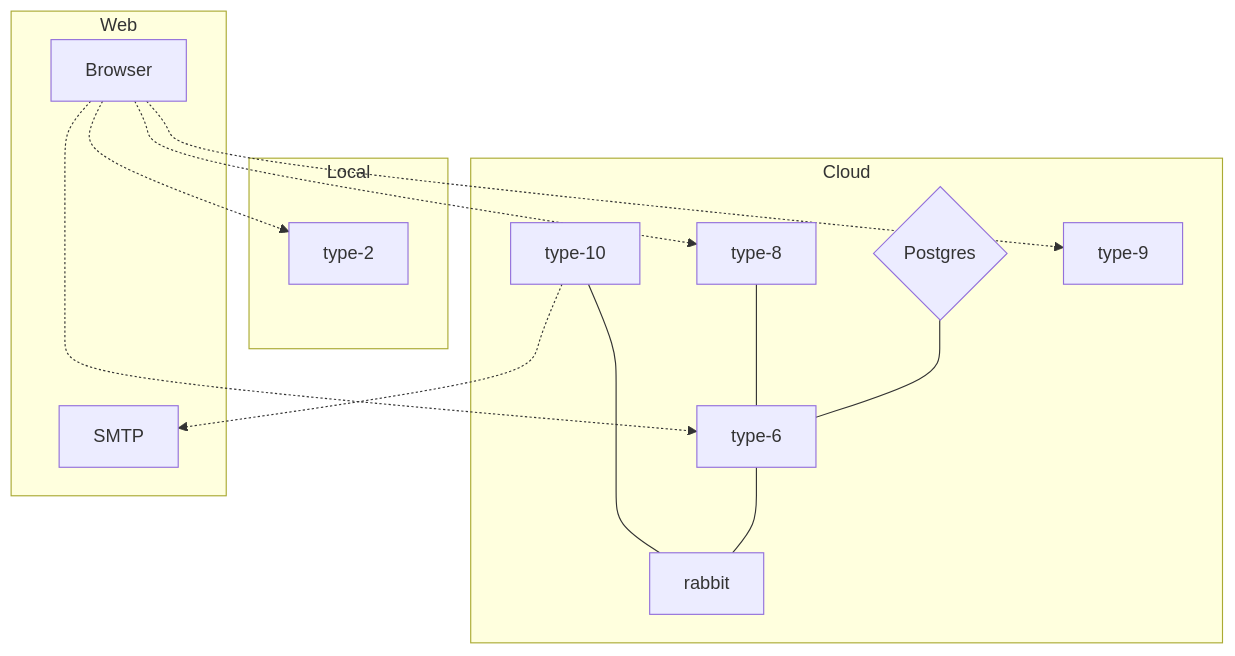
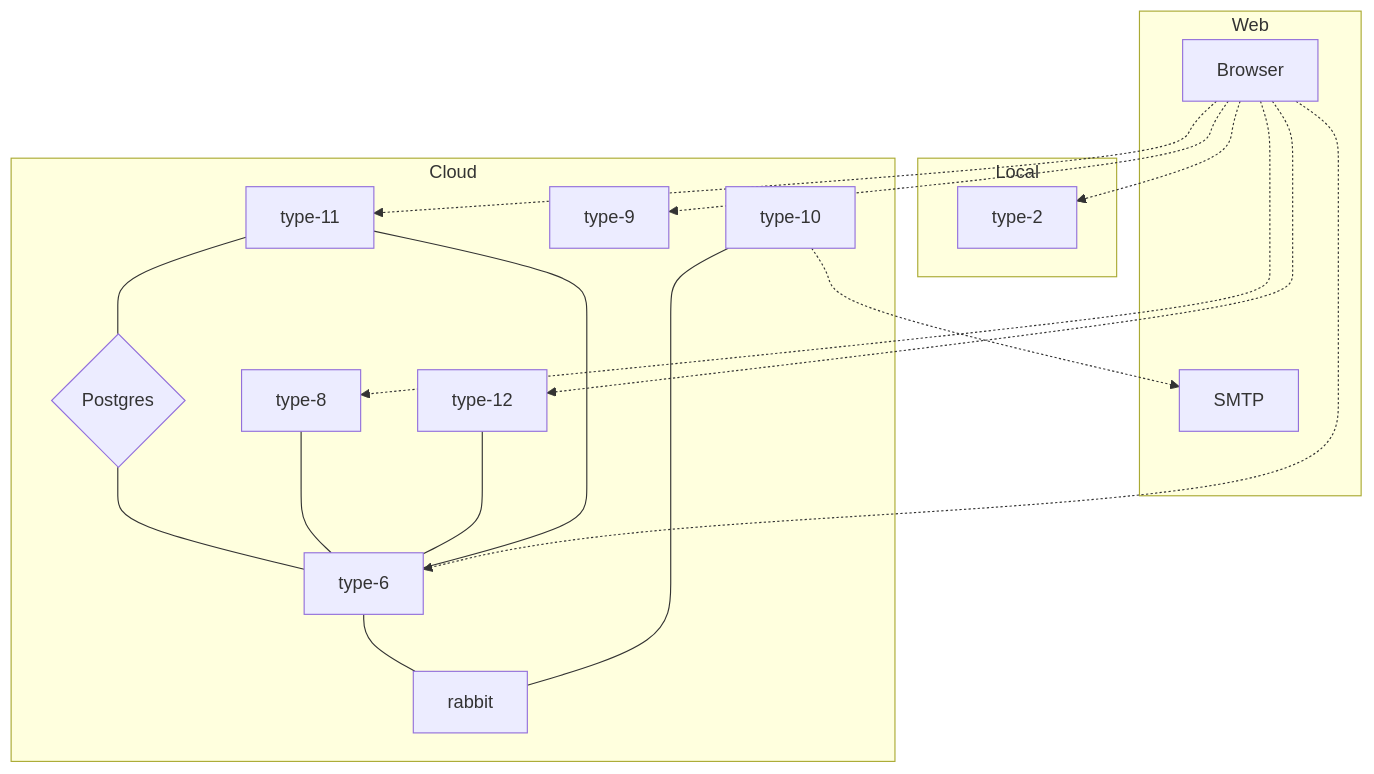
The diagram in Readme.md (timattt/TypeSixCloud), drawn with Mermaid before and after one commit. The commit also changed other lines of this file, not shown here.

````diff
--- a/Readme.md
+++ b/Readme.md
@@ -14,21 +14,26 @@
 ```mermaid
 graph TD;
  subgraph "Cloud"
     di{Postgres} --- type-6;
     type-8 --- type-6;
     type-6 --- rabbit;
     type-10 --- rabbit;
     type-9;
+    type-12 --- type-6;
+    type-11 --- di{Postgres};
+    type-11 --- type-6;
  end
  subgraph "Local"
     type-2;
  end
  subgraph "Web"
    Browser -.-> type-6;
    type-10 -.-> SMTP;
    Browser -.-> type-8;
    Browser -.-> type-2;
    Browser -.-> type-9;
+   Browser -.-> type-12;
+   Browser -.-> type-11;
  end
 
 ```
````
